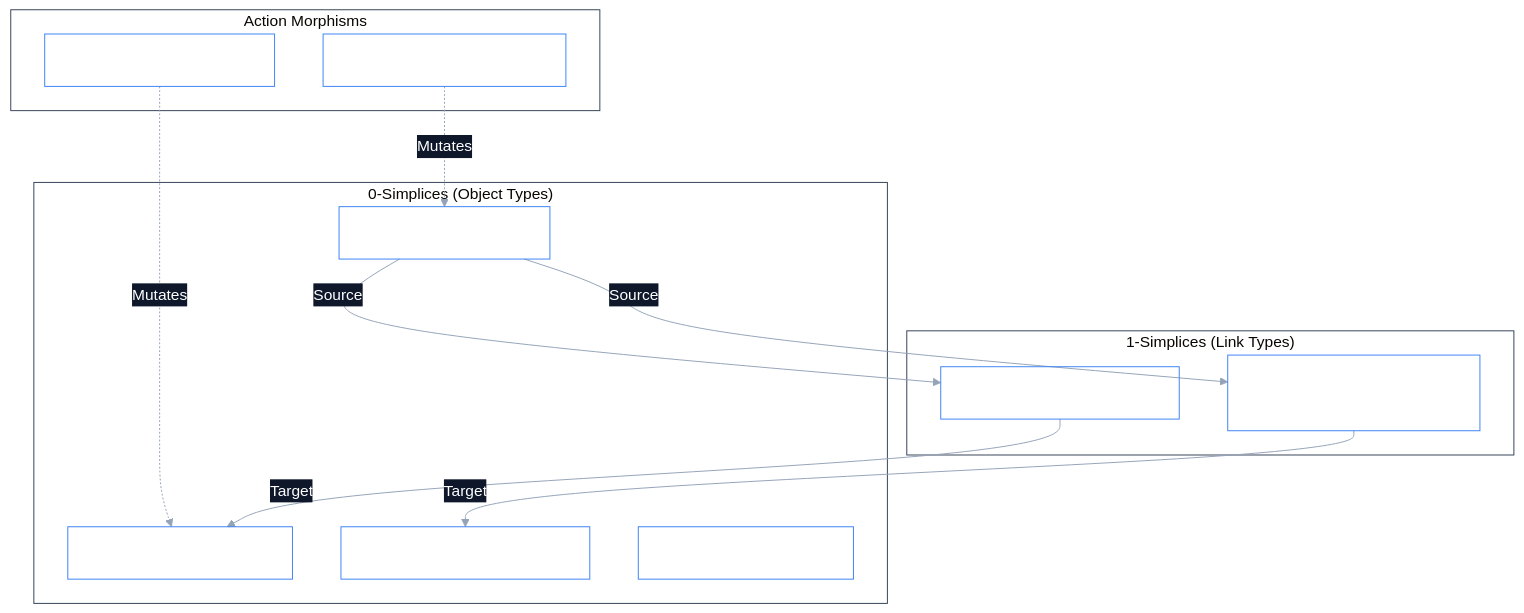
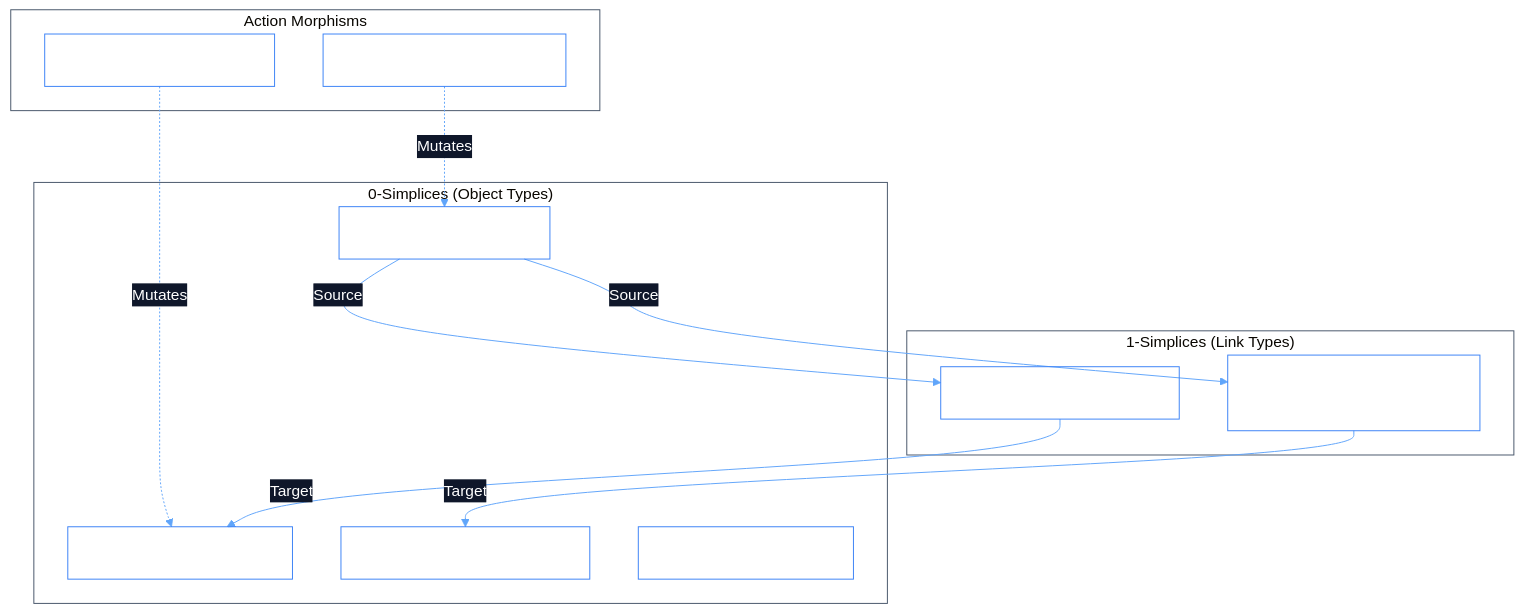
The diagram in src/phiadk/ontologies/README.md (gemphi/phiant), drawn with Mermaid before and after one commit. The commit also changed other lines of this file and 35 other files, not shown here.

Commit message:
refactor: simplify ontologies architecture to clean singular 1-2 word modules and remove repetitive P* aliases

````diff
--- a/src/phiadk/ontologies/README.md
+++ b/src/phiadk/ontologies/README.md
@@ -19,26 +19,25 @@
 ```mermaid
 %%{init: {'theme': 'base', 'themeVariables': {'background': 'transparent', 'mainBkg': 'transparent', 'nodeBorder': '#3b82f6', 'clusterBkg': 'transparent', 'clusterBorder': '#475569', 'lineColor': '#60a5fa', 'textColor': '#ffffff', 'primaryTextColor': '#ffffff', 'nodeTextColor': '#ffffff', 'edgeLabelBackground': '#0f172a'}}}%%
-%%{init: {'theme': 'base', 'themeVariables': {'background': 'transparent', 'mainBkg': 'transparent', 'nodeBorder': '#3b82f6', 'clusterBkg': 'transparent', 'clusterBorder': '#334155', 'lineColor': '#94a3b8', 'textColor': '#f1f5f9'}}}%%
 graph TD
     subgraph "0-Simplices (Object Types)"
         Emp["Employee (0-Simplex)"]
         Ident["UserIdentity (0-Simplex)"]
         Doc["DocumentPage (0-Simplex)"]
         Git["GitCommit (0-Simplex)"]
     end
 
     subgraph "1-Simplices (Link Types)"
         L1["employee_identity (1-to-1)"]
         L2["employee_documents (1-to-Many)"]
     end
 
     subgraph "Action Morphisms"
         Act1["Action: promote_employee"]
         Act2["Action: provision_identity"]
     end
 
     Emp -->|Source| L1 -->|Target| Ident
     Emp -->|Source| L2 -->|Target| Doc
     Act1 -.->|Mutates| Emp
     Act2 -.->|Mutates| Ident
 ```
````
